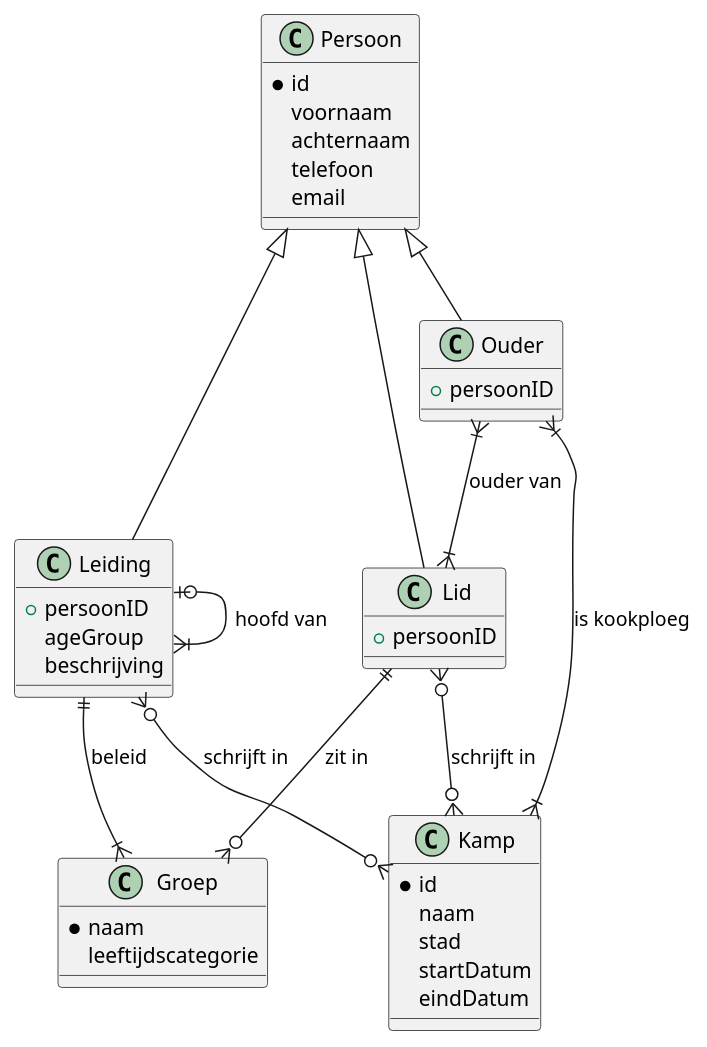
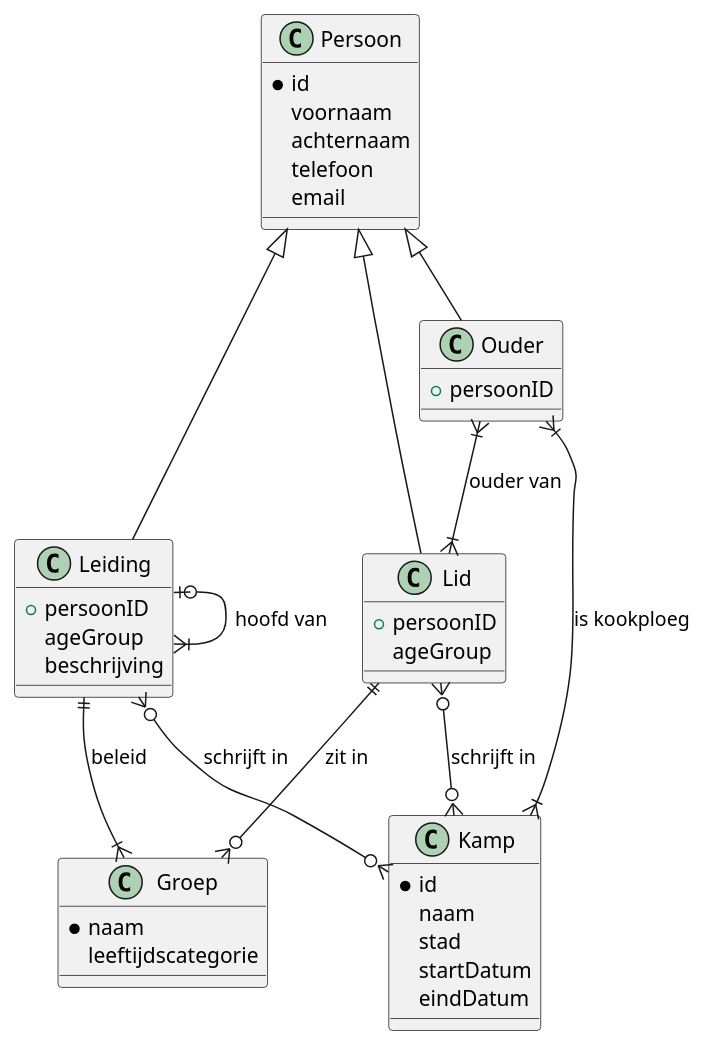
The diagram in erd.md (matteovdr/frontendweb-2526-mateo-kobe), drawn with PlantUML before and after one commit. The commit also changed 2 other files, not shown here.

Commit message:
erd aangepast

````diff
--- a/erd.md
+++ b/erd.md
@@ -9,58 +9,59 @@
 ```plantuml
 plantuml
 @startuml
 class Persoon {
     *id
     voornaam
     achternaam
     telefoon
     email
 }
 class Ouder {
     +persoonID
 }
 
 class Lid {
     +persoonID
+    ageGroup
 }
 
 class Leiding {
     +persoonID
     ageGroup
     beschrijving
 }
 
 class Groep {
     *naam
     leeftijdscategorie
 }
 
 class Kamp {
     *id
     naam
     stad
     startDatum
     eindDatum
 }
 
 ' Zero or One      |o--
 ' Exactly One     ||--
 ' Zero or Many      }o--
 ' One or Many       }|--
 ' Relaties (class-diagram syntax)
 
 Ouder }|--|{ Lid : ouder van
 Ouder }|--|{ Kamp : is kookploeg
 Lid }o--o{ Kamp : schrijft in
 Lid ||--o{ Groep : zit in
 Leiding }o--o{ Kamp : schrijft in
 Leiding ||--|{ Groep : beleid
 Leiding |o--|{ Leiding : hoofd van
 
 ' Overerving
 Persoon <|-- Lid
 Persoon <|-- Ouder
 Persoon <|-- Leiding
 
 @enduml
 ```
````
